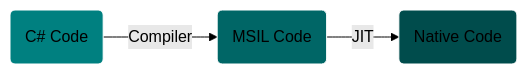
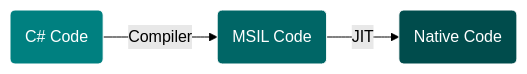
One commit to LiteObject/Demo.Expression.Trees changed the diagram in README.md. Above: the diagram before and after it, drawn with Mermaid (forest theme).

Commit message:
updated mermaid text color

````diff
--- a/README.md
+++ b/README.md
@@ -23,9 +23,9 @@
 ```mermaid
 flowchart LR;
-style A fill:#008080,stroke:#fff,stroke-width:1px,textColor:#fff
-style B fill:#006666,stroke:#fff,stroke-width:1px,textColor:#fff
-style C fill:#004c4c,stroke:#fff,stroke-width:1px,textColor:#fff
+style A fill:#008080,stroke:#fff,stroke-width:1px,color:#fff
+style B fill:#006666,stroke:#fff,stroke-width:1px,color:#fff
+style C fill:#004c4c,stroke:#fff,stroke-width:1px,color:#fff
 
     A(C# Code)-- Compiler -->B(MSIL Code);    
     B-- JIT -->C(Native Code);
 ```
````
